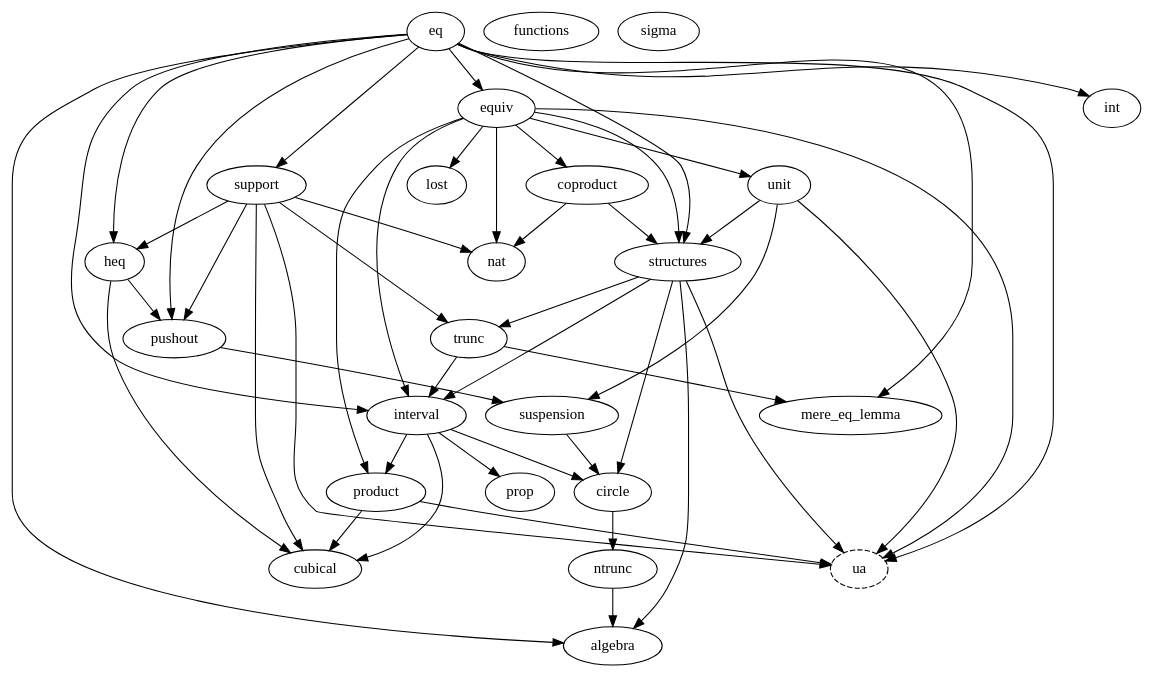
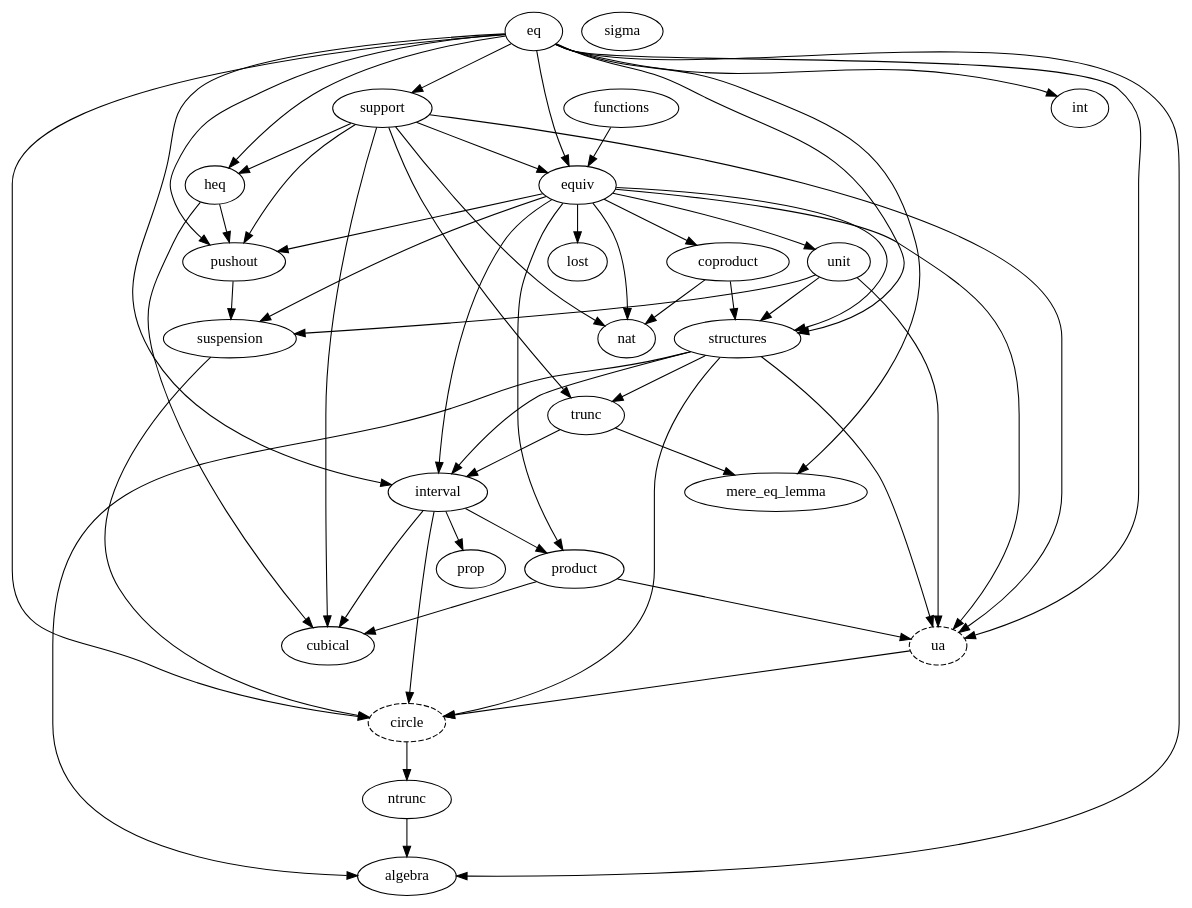
The diagram in dependency_map.gv (forked-from-1kasper/ground_zero), drawn with Graphviz before and after one commit. The commit also changed 6 other files, not shown here.

```diff
--- a/dependency_map.gv
+++ b/dependency_map.gv
@@ -1,73 +1,80 @@
 digraph dependency_map {
   ntrunc -> algebra
   structures -> algebra
   eq -> algebra
 
+  circle [style=dashed]
   suspension -> circle
   structures -> circle
   interval -> circle
+  eq -> circle
+  ua -> circle
 
   equiv -> coproduct
 
   interval -> cubical
   heq -> cubical
   support -> cubical
   product -> cubical
 
   eq -> heq
   support -> heq
 
   eq -> equiv
+  support -> equiv
+  functions -> equiv
+
   eq -> int
 
   trunc -> interval
   eq -> interval
   structures -> interval
   equiv -> interval
 
   eq -> mere_eq_lemma
   trunc -> mere_eq_lemma
 
   circle -> ntrunc
 
   equiv -> product
   interval -> product
 
   interval -> prop
 
   heq -> pushout
   eq -> pushout
   support -> pushout
+  equiv -> pushout
 
   unit -> structures
   equiv -> structures
   eq -> structures
   coproduct -> structures
 
   eq -> support
 
   pushout -> suspension
   unit -> suspension
+  equiv -> suspension
 
   structures -> trunc
   support -> trunc
 
   ua [style=dashed]
   equiv -> ua
   eq -> ua
   structures -> ua
   unit -> ua
   support -> ua
   product -> ua
 
   equiv -> unit
 
   equiv -> nat
   coproduct -> nat
   support -> nat
 
   equiv -> lost
 
-  functions
   sigma
 }
```
